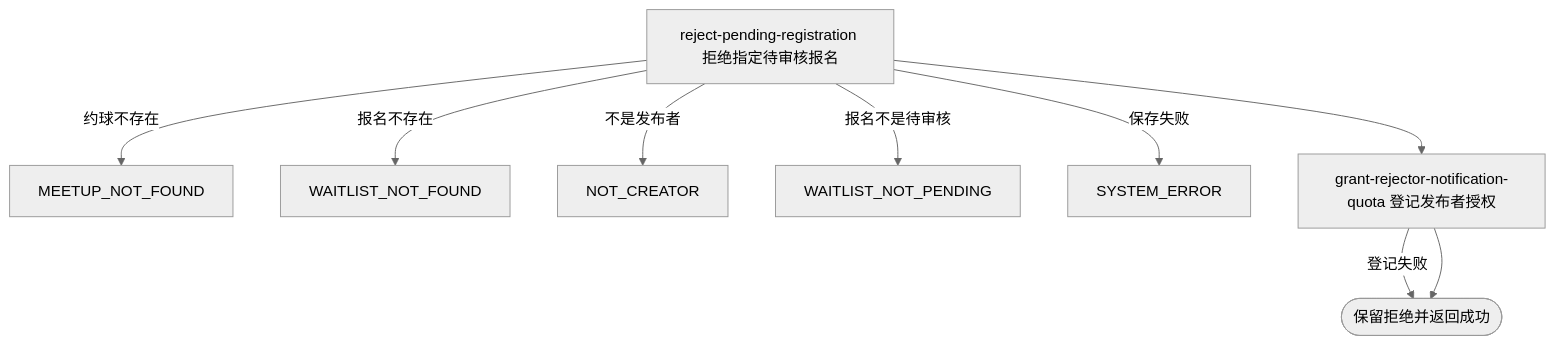
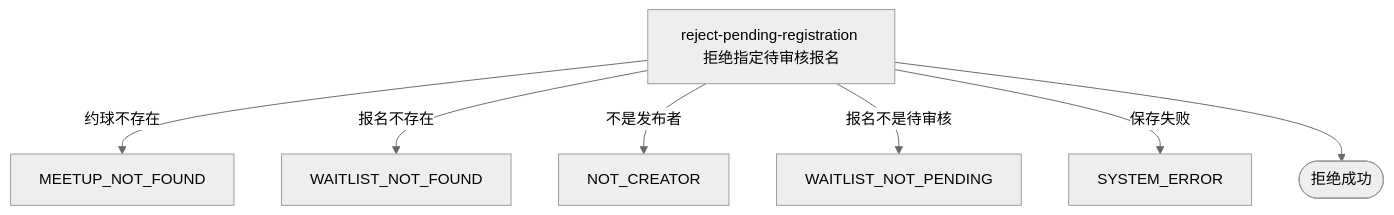
The diagram in blueprint/spec/meetup/registration-reject/reject-registration.md (chxt100016/Rally), drawn with Mermaid (neutral theme) before and after one commit. The commit also changed other lines of this file and 170 other files, not shown here.

````diff
--- a/blueprint/spec/meetup/registration-reject/reject-registration.md
+++ b/blueprint/spec/meetup/registration-reject/reject-registration.md
@@ -36,11 +34,9 @@
 ```mermaid
 flowchart TD
     A[reject-pending-registration 拒绝指定待审核报名] -->|约球不存在| E1[MEETUP_NOT_FOUND]
     A -->|报名不存在| E2[WAITLIST_NOT_FOUND]
     A -->|不是发布者| E3[NOT_CREATOR]
     A -->|报名不是待审核| E4[WAITLIST_NOT_PENDING]
     A -->|保存失败| E5[SYSTEM_ERROR]
-    A --> B[grant-rejector-notification-quota 登记发布者授权]
-    B -->|登记失败| S([保留拒绝并返回成功])
-    B --> S
+    A --> S([拒绝成功])
 ```
````
